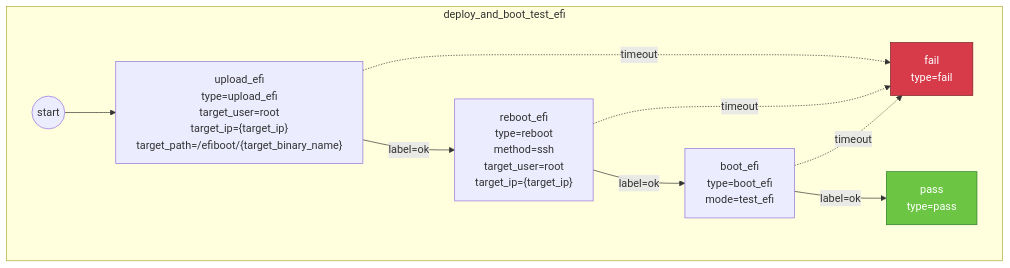
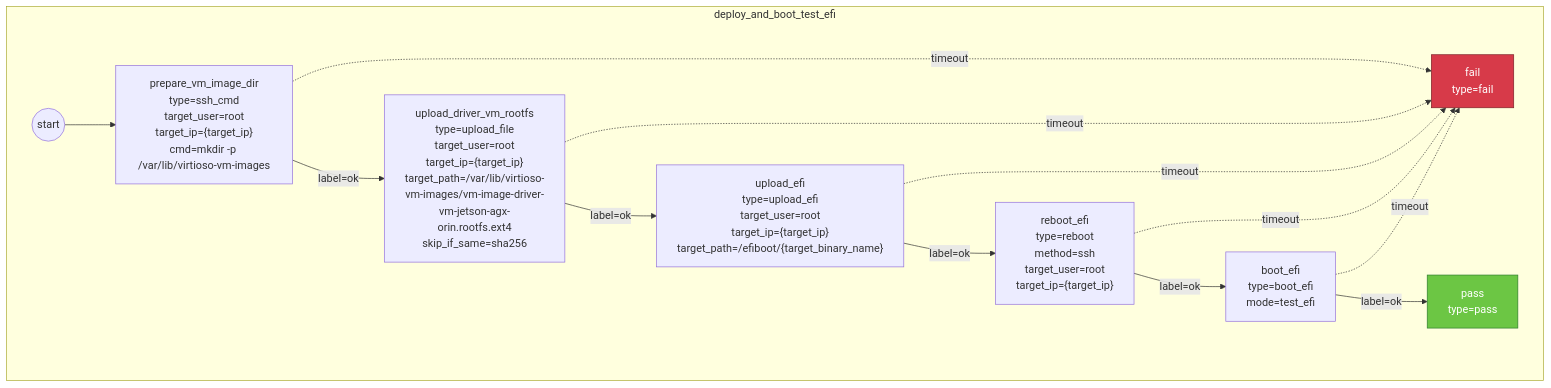
Before and after one commit to virtioso/autopilot: the diagram in diagrams/deploy_and_boot_test_efi.mmd, drawn with Mermaid. The commit also changed 1 other file, not shown here.

Commit message:
diagrams: sync chain visuals with current boot flow

```diff
--- a/diagrams/deploy_and_boot_test_efi.mmd
+++ b/diagrams/deploy_and_boot_test_efi.mmd
@@ -1,21 +1,27 @@
 flowchart TD
 subgraph deploy_and_boot_test_efi[deploy_and_boot_test_efi]
 deploy_and_boot_test_efi_start((start))
-deploy_and_boot_test_efi_start --> deploy_and_boot_test_efi__upload_efi
+deploy_and_boot_test_efi_start --> deploy_and_boot_test_efi__prepare_vm_image_dir
+deploy_and_boot_test_efi__prepare_vm_image_dir["prepare_vm_image_dir<br/>type=ssh_cmd<br/>target_user=root<br/>target_ip={target_ip}<br/>cmd=mkdir -p /var/lib/virtioso-vm-images"]
+deploy_and_boot_test_efi__upload_driver_vm_rootfs["upload_driver_vm_rootfs<br/>type=upload_file<br/>target_user=root<br/>target_ip={target_ip}<br/>target_path=/var/lib/virtioso-vm-images/vm-image-driver-vm-jetson-agx-orin.rootfs.ext4<br/>skip_if_same=sha256"]
 deploy_and_boot_test_efi__upload_efi["upload_efi<br/>type=upload_efi<br/>target_user=root<br/>target_ip={target_ip}<br/>target_path=/efiboot/{target_binary_name}"]
 deploy_and_boot_test_efi__reboot_efi["reboot_efi<br/>type=reboot<br/>method=ssh<br/>target_user=root<br/>target_ip={target_ip}"]
 deploy_and_boot_test_efi__boot_efi["boot_efi<br/>type=boot_efi<br/>mode=test_efi"]
 deploy_and_boot_test_efi__pass["pass<br/>type=pass"]
 deploy_and_boot_test_efi__fail["fail<br/>type=fail"]
+deploy_and_boot_test_efi__prepare_vm_image_dir -->|label=ok| deploy_and_boot_test_efi__upload_driver_vm_rootfs
+deploy_and_boot_test_efi__prepare_vm_image_dir -.->|timeout| deploy_and_boot_test_efi__fail
+deploy_and_boot_test_efi__upload_driver_vm_rootfs -->|label=ok| deploy_and_boot_test_efi__upload_efi
+deploy_and_boot_test_efi__upload_driver_vm_rootfs -.->|timeout| deploy_and_boot_test_efi__fail
 deploy_and_boot_test_efi__upload_efi -->|label=ok| deploy_and_boot_test_efi__reboot_efi
 deploy_and_boot_test_efi__upload_efi -.->|timeout| deploy_and_boot_test_efi__fail
 deploy_and_boot_test_efi__reboot_efi -->|label=ok| deploy_and_boot_test_efi__boot_efi
 deploy_and_boot_test_efi__reboot_efi -.->|timeout| deploy_and_boot_test_efi__fail
 deploy_and_boot_test_efi__boot_efi -->|label=ok| deploy_and_boot_test_efi__pass
 deploy_and_boot_test_efi__boot_efi -.->|timeout| deploy_and_boot_test_efi__fail
 end
 
 classDef pass fill:#6cc644,stroke:#2c7a2c,color:#fff;
 classDef fail fill:#d73a49,stroke:#7a1f25,color:#fff;
 class deploy_and_boot_test_efi__pass pass;
 class deploy_and_boot_test_efi__fail fail;
```
